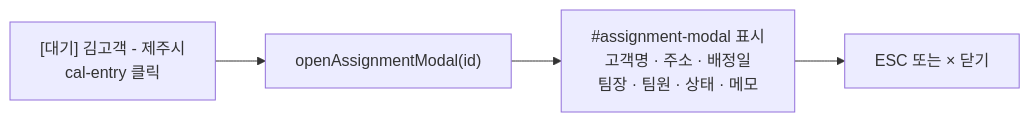
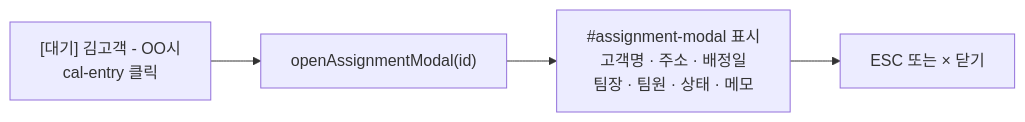
The fourth of 7 diagrams in _posts/2026-07-19-ax-partners-manager-v5-schedule.md (200gyu/209), drawn with Mermaid before and after one commit. The commit also changed other lines of this file and 36 other files, not shown here.

````diff
--- a/_posts/2026-07-19-ax-partners-manager-v5-schedule.md
+++ b/_posts/2026-07-19-ax-partners-manager-v5-schedule.md
@@ -233,6 +233,6 @@
 ```mermaid
 flowchart LR
-    A["[대기] 김고객 - 제주시<br/>cal-entry 클릭"] --> B["openAssignmentModal(id)"]
+    A["[대기] 김고객 - OO시<br/>cal-entry 클릭"] --> B["openAssignmentModal(id)"]
     B --> C["#assignment-modal 표시<br/>고객명 · 주소 · 배정일<br/>팀장 · 팀원 · 상태 · 메모"]
     C --> D["ESC 또는 × 닫기"]
 ```
````
